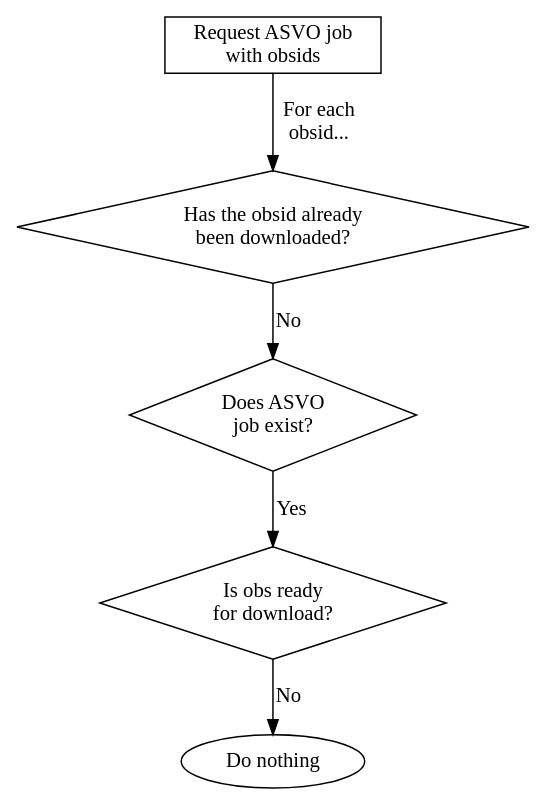
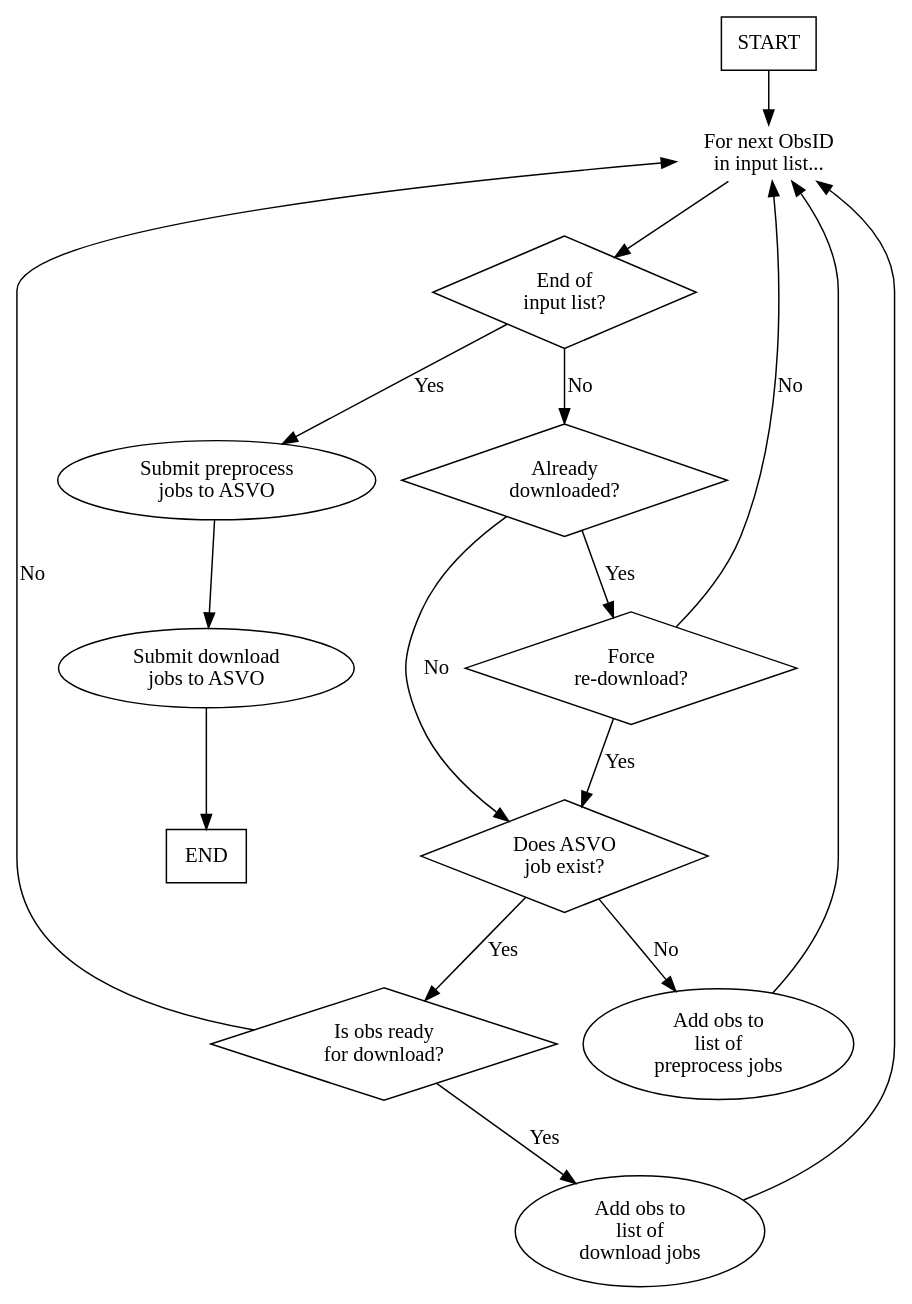
One commit to robotopia/MWA-Galactic-Plane-Monitoring changed the diagram in doc/images/giantsquid.dot. Above: the diagram before and after it, drawn with Graphviz.

Commit message:
Finished flowchart for obs_giantsquid.sh

```diff
--- a/doc/images/giantsquid.dot
+++ b/doc/images/giantsquid.dot
@@ -1,12 +1,32 @@
+// Flowchart for obs_giantsquid.sh
+
 digraph G {
-    START [label="Request ASVO job\nwith obsids"; shape=rectangle]
-    already_downloaded [label="Has the obsid already\nbeen downloaded?"; shape=diamond]
+    START [shape=rectangle]
+    END [shape=rectangle]
+    next_obs [label="For next ObsID\nin input list..."; shape=plaintext]
+    already_downloaded [label="Already\ndownloaded?"; shape=diamond]
+    force [label="Force\nre-download?"; shape=diamond]
     asvo_job_exist [label="Does ASVO\njob exist?"; shape=diamond]
     asvo_job_ready [label="Is obs ready\nfor download?"; shape=diamond]
-    do_nothing [label="Do nothing"]
+    add_to_download_list [label="Add obs to\nlist of\ndownload jobs"]
+    add_to_preprocess_list [label="Add obs to\nlist of\npreprocess jobs"]
+    submit_preprocess_list [label="Submit preprocess\njobs to ASVO"]
+    submit_download_list [label="Submit download\njobs to ASVO"]
+    end_of_list [label="End of\ninput list?"; shape=diamond]
 
-    START -> already_downloaded [label="For each\nobsid..."]
+    START -> next_obs
+    next_obs -> end_of_list
+    end_of_list -> already_downloaded [label="No"]
     already_downloaded -> asvo_job_exist [label="No"]
+    already_downloaded -> force [label="Yes"]
+    force -> next_obs [label="No"]
+    force -> asvo_job_exist [label="Yes"]
     asvo_job_exist -> asvo_job_ready [label="Yes"]
-    asvo_job_ready -> do_nothing [label="No"]
+    asvo_job_exist -> add_to_preprocess_list [label="No"]
+    asvo_job_ready -> next_obs [label="No"]
+    asvo_job_ready -> add_to_download_list [label="Yes"]
+    add_to_download_list -> next_obs
+    add_to_preprocess_list -> next_obs
+    end_of_list -> submit_preprocess_list [label="Yes"]
+    submit_preprocess_list -> submit_download_list -> END
 }
```
